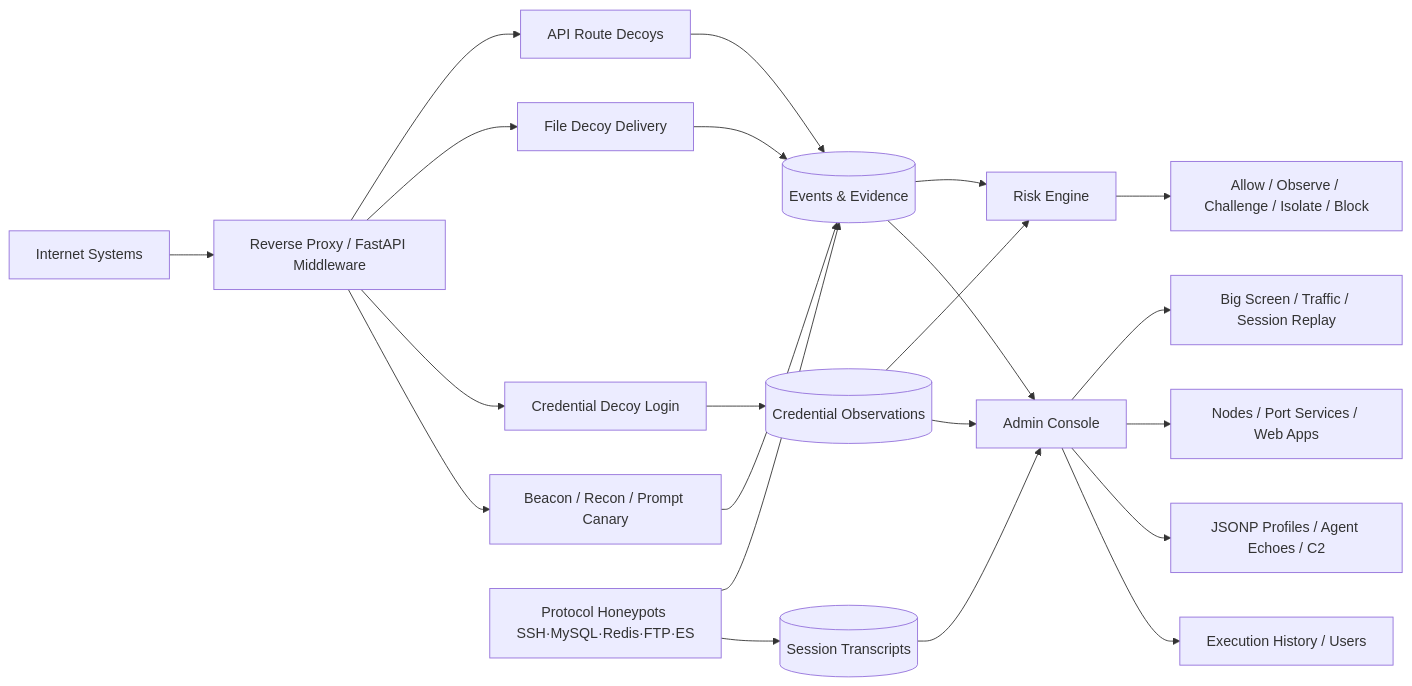
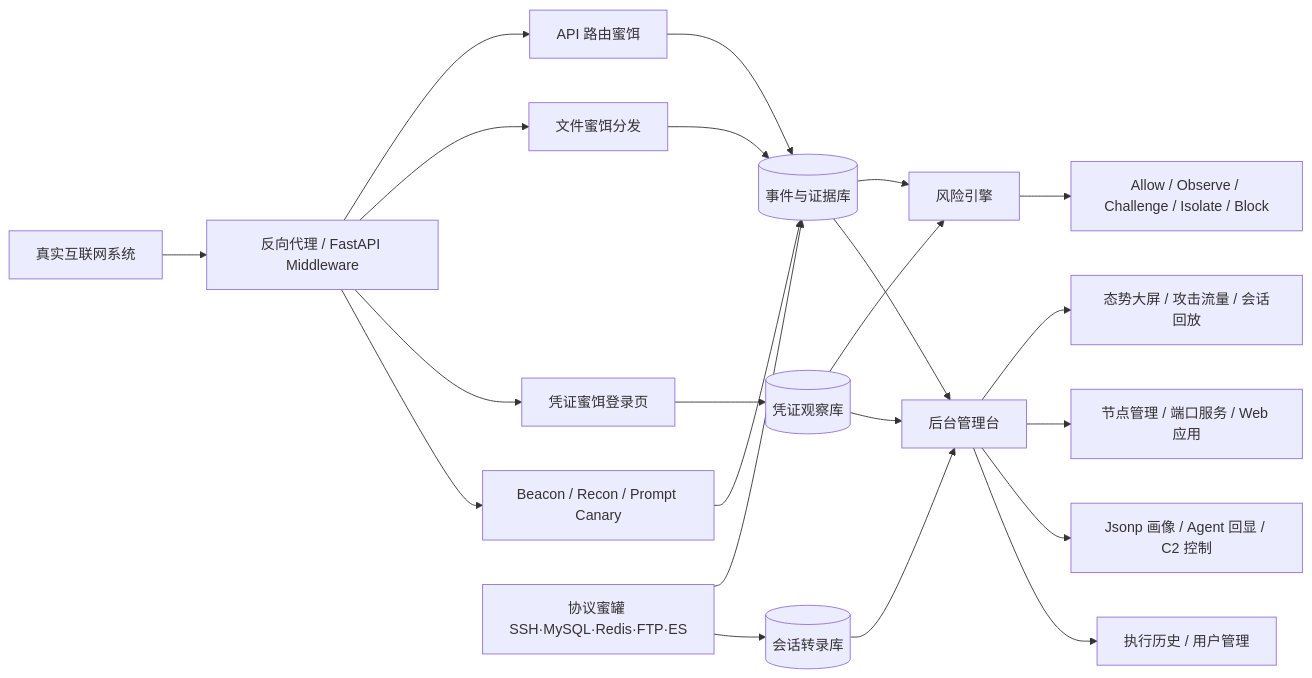
The diagram in README.md (Tcotl/AgentCapture), drawn with Mermaid before and after one commit. The commit also changed other lines of this file and 2 other files, not shown here.

````diff
--- a/README.md
+++ b/README.md
@@ -159,24 +159,24 @@
 ```mermaid
 flowchart LR
-    A[Internet Systems] --> B[Reverse Proxy / FastAPI Middleware]
-    B --> C[API Route Decoys]
-    B --> D[File Decoy Delivery]
-    B --> E[Credential Decoy Login]
+    A[真实互联网系统] --> B[反向代理 / FastAPI Middleware]
+    B --> C[API 路由蜜饵]
+    B --> D[文件蜜饵分发]
+    B --> E[凭证蜜饵登录页]
     B --> F[Beacon / Recon / Prompt Canary]
-    P[Protocol Honeypots SSH·MySQL·Redis·FTP·ES] --> G[(Events & Evidence)]
-    P --> Q[(Session Transcripts)]
+    P[协议蜜罐 SSH·MySQL·Redis·FTP·ES] --> G[(事件与证据库)]
+    P --> Q[(会话转录库)]
     C --> G
     D --> G
-    E --> H[(Credential Observations)]
+    E --> H[(凭证观察库)]
     F --> G
-    G --> I[Risk Engine]
+    G --> I[风险引擎]
     H --> I
     I --> J[Allow / Observe / Challenge / Isolate / Block]
-    G --> K[Admin Console]
+    G --> K[后台管理台]
     H --> K
     Q --> K
-    K --> L[Big Screen / Traffic / Session Replay]
-    K --> M[Nodes / Port Services / Web Apps]
-    K --> N[JSONP Profiles / Agent Echoes / C2]
-    K --> O[Execution History / Users]
+    K --> L[态势大屏 / 攻击流量 / 会话回放]
+    K --> M[节点管理 / 端口服务 / Web 应用]
+    K --> N[Jsonp 画像 / Agent 回显 / C2 控制]
+    K --> O[执行历史 / 用户管理]
 ```
````
